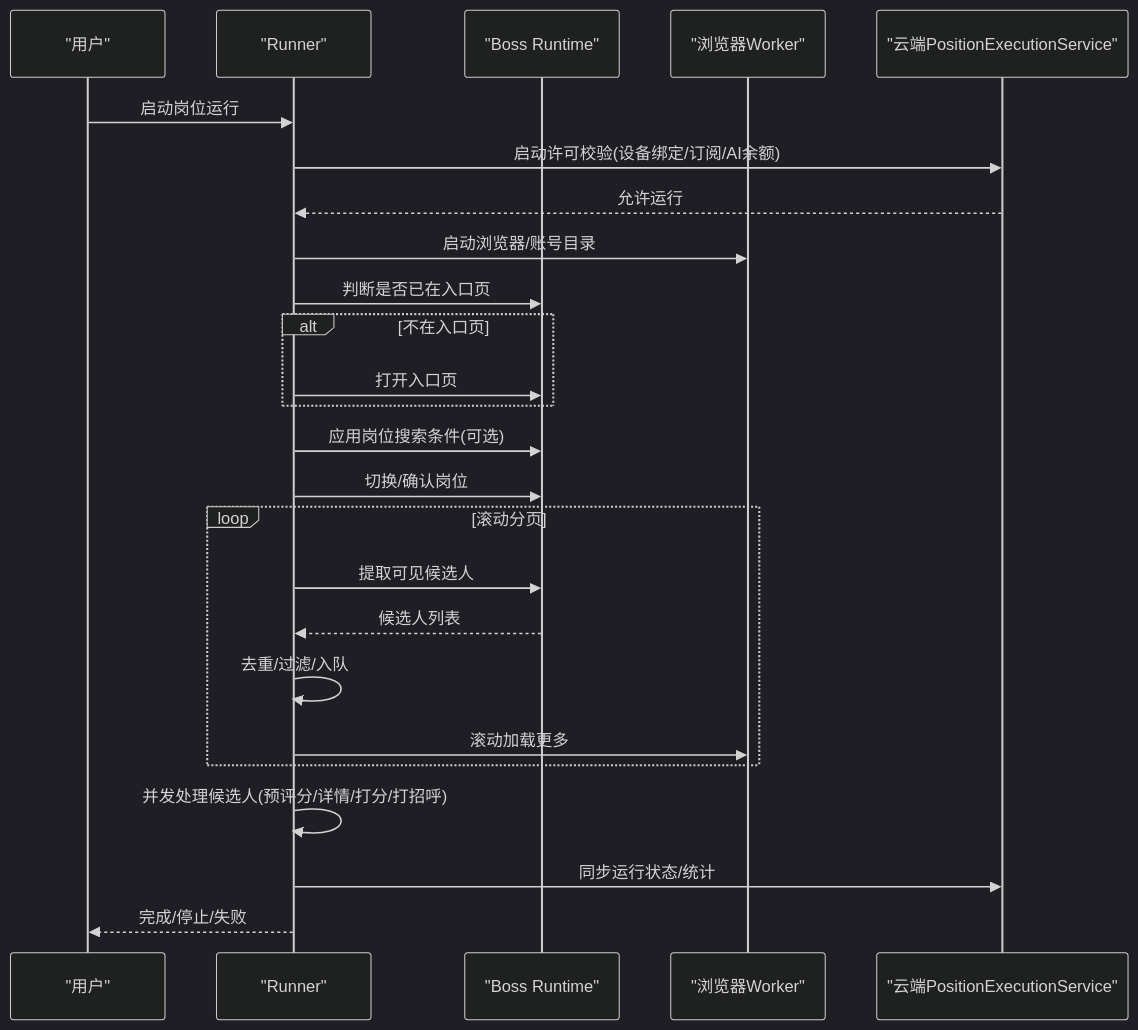
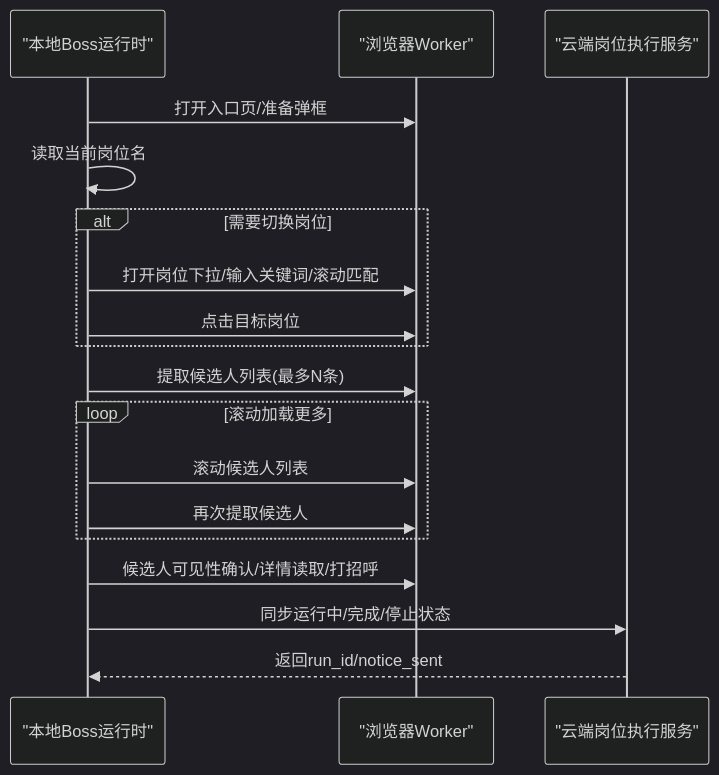
Before and after one commit to alvinwangzi/goodhr: the second of 8 diagrams in .qoder/repowiki/zh/content/本地执行器/平台适配器/Boss直聘适配器/岗位搜索与管理.md, drawn with Mermaid (dark theme). The commit also changed other lines of this file and 149 other files, not shown here.

````diff
--- a/.qoder/repowiki/zh/content/本地执行器/平台适配器/Boss直聘适配器/岗位搜索与管理.md
+++ b/.qoder/repowiki/zh/content/本地执行器/平台适配器/Boss直聘适配器/岗位搜索与管理.md
@@ -85,27 +88,20 @@
 ```mermaid
 sequenceDiagram
-participant U as "用户"
-participant R as "Runner"
-participant BR as "Boss Runtime"
-participant W as "浏览器Worker"
-participant C as "云端PositionExecutionService"
-U->>R : 启动岗位运行
-R->>C : 启动许可校验(设备绑定/订阅/AI余额)
-C-->>R : 允许运行
-R->>W : 启动浏览器/账号目录
-R->>BR : 判断是否已在入口页
-alt 不在入口页
-R->>BR : 打开入口页
+participant Local as "本地Boss运行时"
+participant Worker as "浏览器Worker"
+participant Cloud as "云端岗位执行服务"
+Local->>Worker : 打开入口页/准备弹框
+Local->>Local : 读取当前岗位名
+alt 需要切换岗位
+Local->>Worker : 打开岗位下拉/输入关键词/滚动匹配
+Local->>Worker : 点击目标岗位
 end
-R->>BR : 应用岗位搜索条件(可选)
-R->>BR : 切换/确认岗位
-loop 滚动分页
-R->>BR : 提取可见候选人
-BR-->>R : 候选人列表
-R->>R : 去重/过滤/入队
-R->>W : 滚动加载更多
+Local->>Worker : 提取候选人列表(最多N条)
+loop 滚动加载更多
+Local->>Worker : 滚动候选人列表
+Local->>Worker : 再次提取候选人
 end
-R->>R : 并发处理候选人(预评分/详情/打分/打招呼)
-R->>C : 同步运行状态/统计
-R-->>U : 完成/停止/失败
+Local->>Worker : 候选人可见性确认/详情读取/打招呼
+Local->>Cloud : 同步运行中/完成/停止状态
+Cloud-->>Local : 返回run_id/notice_sent
 ```
````
